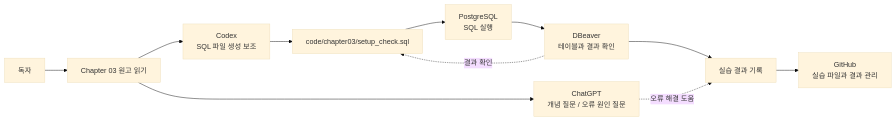
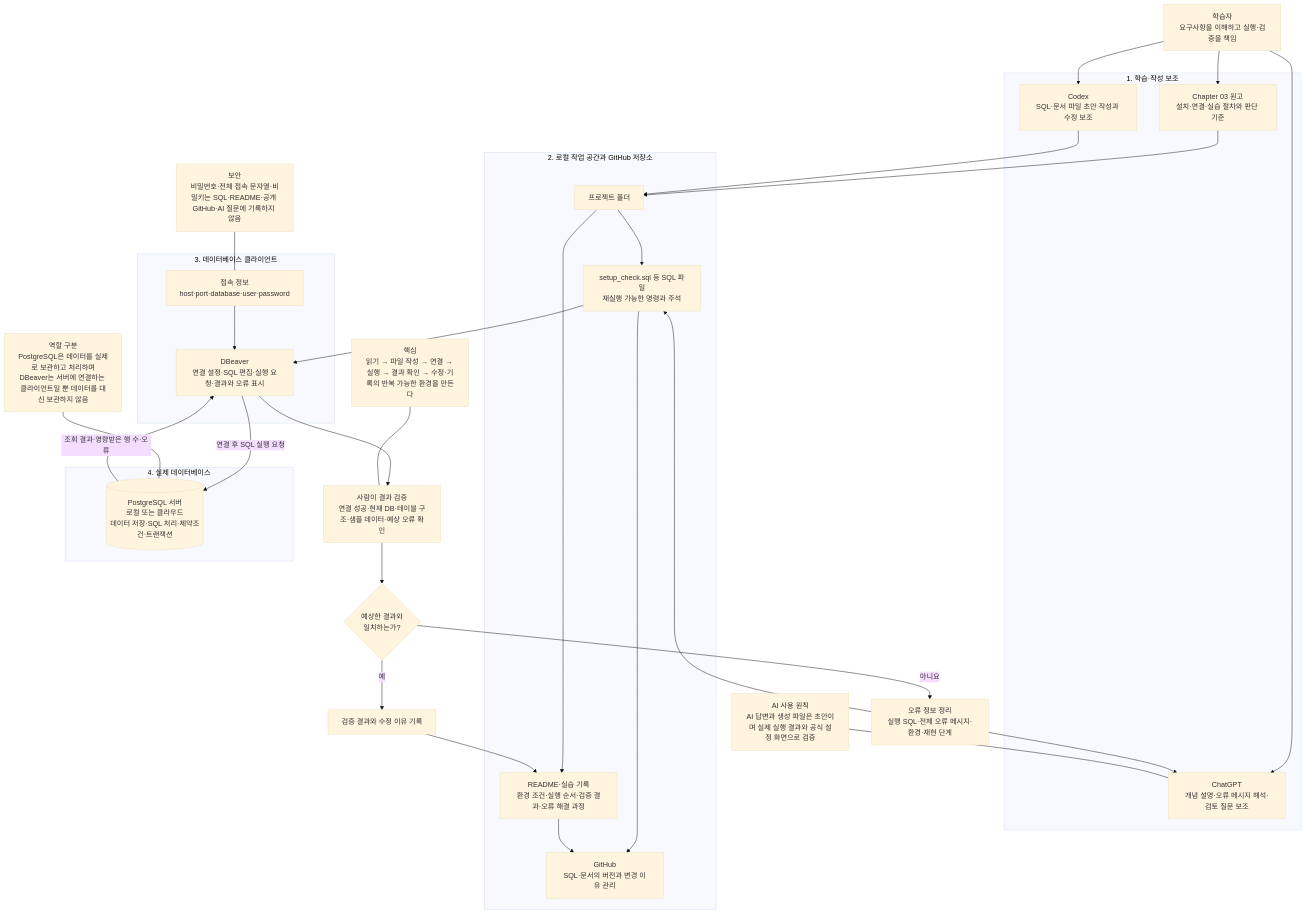
One commit to GilbertMoon/ai-database-book changed the diagram in images/chapter03/ch03_01_practice_environment_flow.mmd. Above: the diagram before and after it, drawn with Mermaid (base theme).

Commit message:
Refine chapter 3 practice environment flow source

```diff
--- a/images/chapter03/ch03_01_practice_environment_flow.mmd
+++ b/images/chapter03/ch03_01_practice_environment_flow.mmd
@@ -1,13 +1,54 @@
-flowchart LR
-    A[독자] --> B[Chapter 03 원고 읽기]
-    B --> C[ChatGPT<br/>개념 질문 / 오류 원인 질문]
-    B --> D[Codex<br/>SQL 파일 생성 보조]
+flowchart TB
+    H[학습자<br/>요구사항을 이해하고 실행·검증을 책임]
 
-    D --> E[code/chapter03/setup_check.sql]
-    E --> F[PostgreSQL<br/>SQL 실행]
-    F --> G[DBeaver<br/>테이블과 결과 확인]
-    G --> H[실습 결과 기록]
-    H --> I[GitHub<br/>실습 파일과 결과 관리]
+    subgraph GUIDE[1. 학습·작성 보조]
+        B[Chapter 03 원고<br/>설치·연결·실습 절차와 판단 기준]
+        A1[ChatGPT<br/>개념 설명·오류 메시지 해석·검토 질문 보조]
+        A2[Codex<br/>SQL·문서 파일 초안 작성과 수정 보조]
+    end
 
-    C -. 오류 해결 도움 .-> H
-    G -. 결과 확인 .-> E
+    H --> B
+    H --> A1
+    H --> A2
+
+    subgraph WORK[2. 로컬 작업 공간과 GitHub 저장소]
+        W[프로젝트 폴더]
+        S[setup_check.sql 등 SQL 파일<br/>재실행 가능한 명령과 주석]
+        D[README·실습 기록<br/>환경 조건·실행 순서·검증 결과·오류 해결 과정]
+        G[GitHub<br/>SQL·문서의 버전과 변경 이유 관리]
+        W --> S
+        W --> D
+        S --> G
+        D --> G
+    end
+
+    B --> W
+    A2 --> W
+
+    subgraph CLIENT[3. 데이터베이스 클라이언트]
+        C[DBeaver<br/>연결 설정·SQL 편집·실행 요청·결과와 오류 표시]
+        K[접속 정보<br/>host·port·database·user·password]
+        K --> C
+    end
+
+    S --> C
+
+    subgraph SERVER[4. 실제 데이터베이스]
+        P[(PostgreSQL 서버<br/>로컬 또는 클라우드<br/>데이터 저장·SQL 처리·제약조건·트랜잭션)]
+    end
+
+    C -->|연결 후 SQL 실행 요청| P
+    P -->|조회 결과·영향받은 행 수·오류| C
+
+    C --> V[사람이 결과 검증<br/>연결 성공·현재 DB·테이블 구조·샘플 데이터·예상 오류 확인]
+    V --> Q{예상한 결과와<br/>일치하는가?}
+    Q -- 아니요 --> E[오류 정보 정리<br/>실행 SQL·전체 오류 메시지·환경·재현 단계]
+    E --> A1
+    E --> S
+    Q -- 예 --> R[검증 결과와 수정 이유 기록]
+    R --> D
+
+    N1[역할 구분<br/>PostgreSQL은 데이터를 실제로 보관하고 처리하며<br/>DBeaver는 서버에 연결하는 클라이언트일 뿐 데이터를 대신 보관하지 않음] --- P
+    N2[보안<br/>비밀번호·전체 접속 문자열·비밀키는 SQL·README·공개 GitHub·AI 질문에 기록하지 않음] --- K
+    N3[AI 사용 원칙<br/>AI 답변과 생성 파일은 초안이며 실제 실행 결과와 공식 설정 화면으로 검증] --- A1
+    N4[핵심<br/>읽기 → 파일 작성 → 연결 → 실행 → 결과 확인 → 수정·기록의 반복 가능한 환경을 만든다] --- V
```
